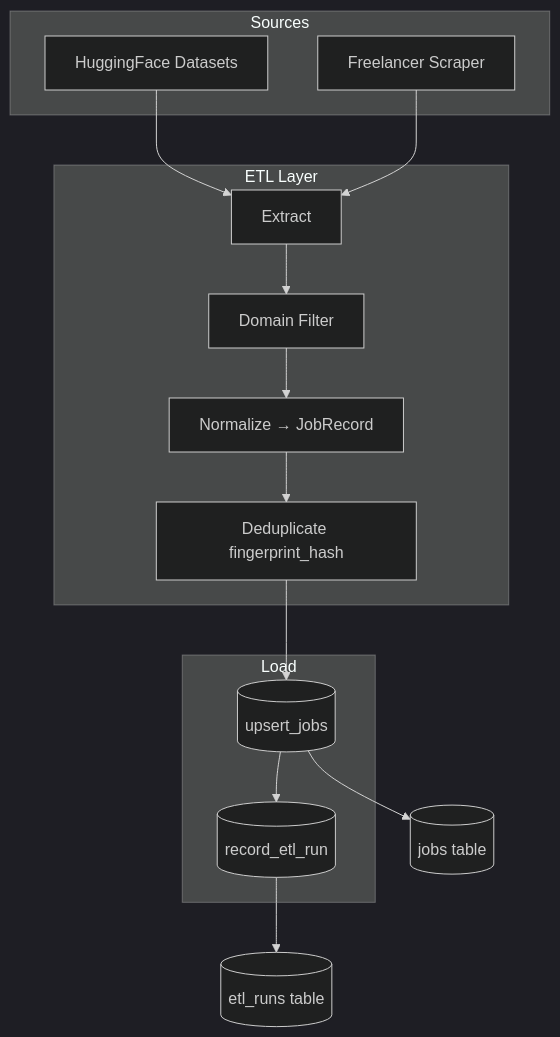
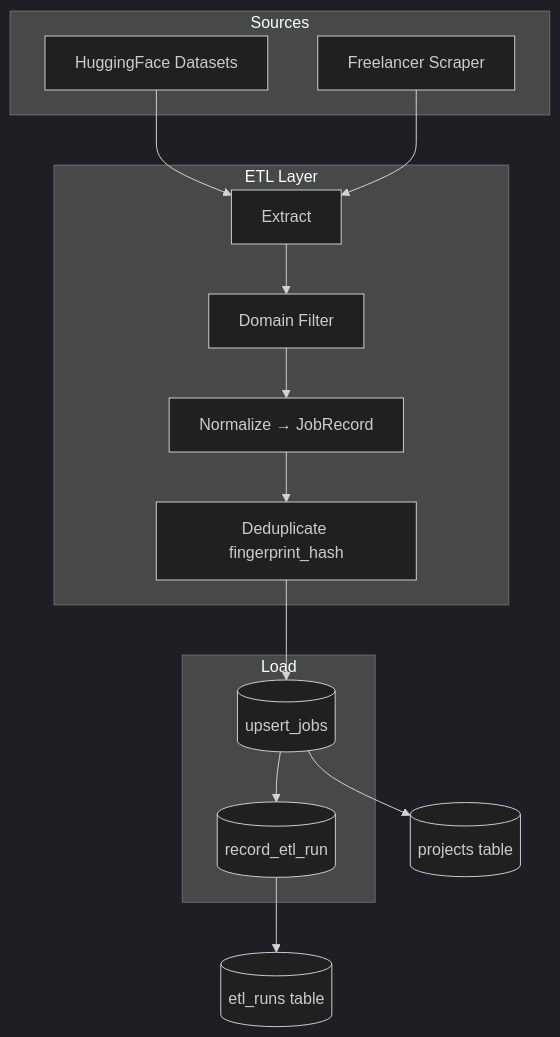
Before and after one commit to williamjxj/AutoBidder: the second of 5 diagrams in docs/database-schema-reference.md, drawn with Mermaid (dark theme). The commit also changed other lines of this file and 30 other files, not shown here.

First line of the commit message:
feat(db): refactor jobs→projects for UI alignment (005-refactor-pg-database)

````diff
--- a/docs/database-schema-reference.md
+++ b/docs/database-schema-reference.md
@@ -113,30 +125,30 @@
 ```mermaid
 flowchart TB
     subgraph Sources
         HF[HuggingFace Datasets]
         FL[Freelancer Scraper]
     end
 
     subgraph ETL["ETL Layer"]
         EXTRACT[Extract]
         FILTER[Domain Filter]
         NORM[Normalize → JobRecord]
         DEDUP[Deduplicate fingerprint_hash]
     end
 
     subgraph Load
         UPSERT[(upsert_jobs)]
         RECORD[(record_etl_run)]
     end
 
     HF --> EXTRACT
     FL --> EXTRACT
     EXTRACT --> FILTER
     FILTER --> NORM
     NORM --> DEDUP
     DEDUP --> UPSERT
     UPSERT --> RECORD
 
-    UPSERT --> jobs[(jobs table)]
+    UPSERT --> projects[(projects table)]
     RECORD --> etl_runs[(etl_runs table)]
 ```
````
